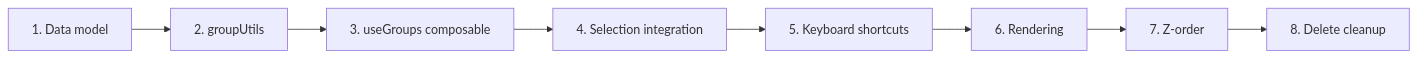
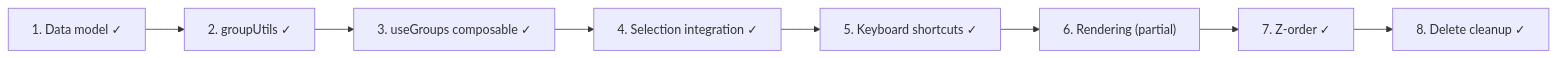
Before and after one commit to alexanderop/excalidrawNuxt: the second of 2 diagrams in docs/specs/grouping-feature.md, drawn with Mermaid. The commit also changed other lines of this file and 74 other files, not shown here.

````diff
--- a/docs/specs/grouping-feature.md
+++ b/docs/specs/grouping-feature.md
@@ -278,10 +272,10 @@
 ```mermaid
 flowchart LR
-    A[1. Data model] --> B[2. groupUtils]
-    B --> C[3. useGroups composable]
-    C --> D[4. Selection integration]
-    D --> E[5. Keyboard shortcuts]
-    E --> F[6. Rendering]
-    F --> G[7. Z-order]
-    G --> H[8. Delete cleanup]
+    A["1. Data model ✓"] --> B["2. groupUtils ✓"]
+    B --> C["3. useGroups composable ✓"]
+    C --> D["4. Selection integration ✓"]
+    D --> E["5. Keyboard shortcuts ✓"]
+    E --> F["6. Rendering (partial)"]
+    F --> G["7. Z-order ✓"]
+    G --> H["8. Delete cleanup ✓"]
 ```
````
